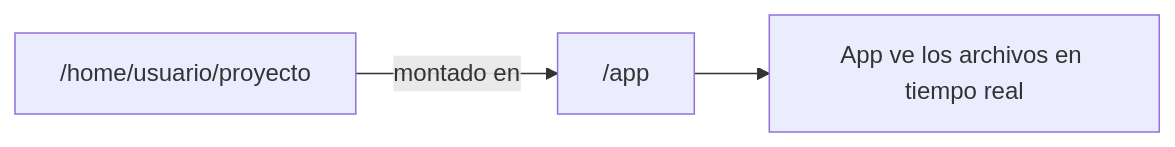
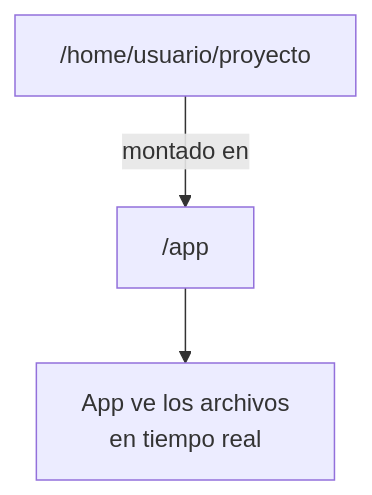
Before and after one commit to map0logo/curso-docker-k8s: the sixth of 21 diagrams in slides/03-docker-datos-redes.qmd, drawn with Mermaid. The commit also changed other lines of this file and 2 other files, not shown here.

````diff
--- a/slides/03-docker-datos-redes.qmd
+++ b/slides/03-docker-datos-redes.qmd
@@ -225,5 +363,6 @@
 ```{mermaid}
-graph LR
+graph TB
   HostDir["/home/usuario/proyecto"] -->|montado en| Container["/app"]
-  Container --> App["App ve los archivos en tiempo real"]
+  Container --> App["App ve los archivos
+  en tiempo real"]
 ```
````
